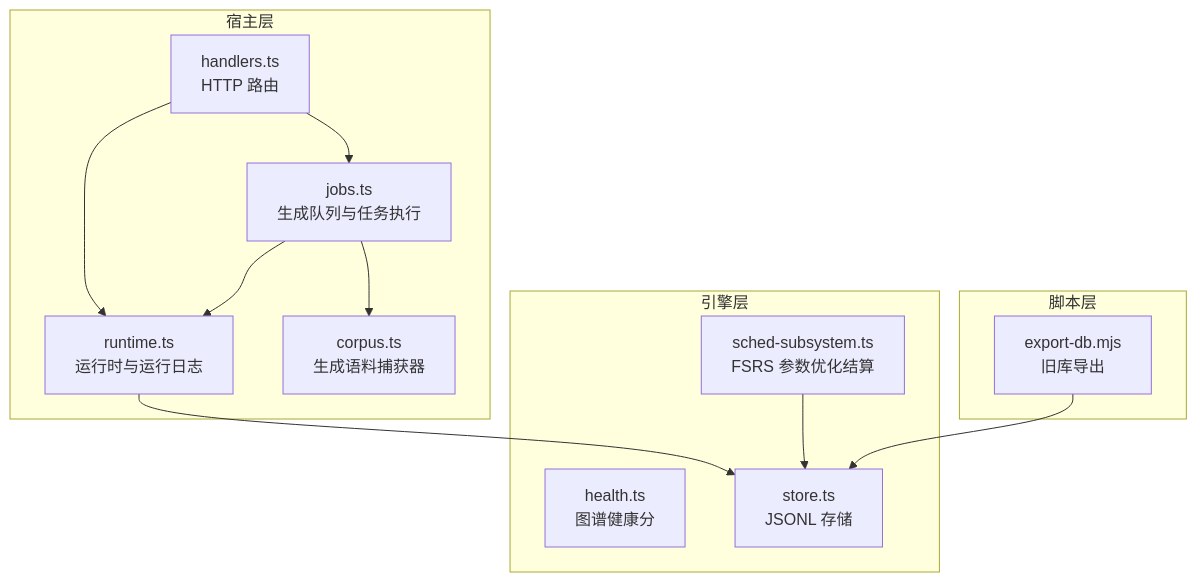
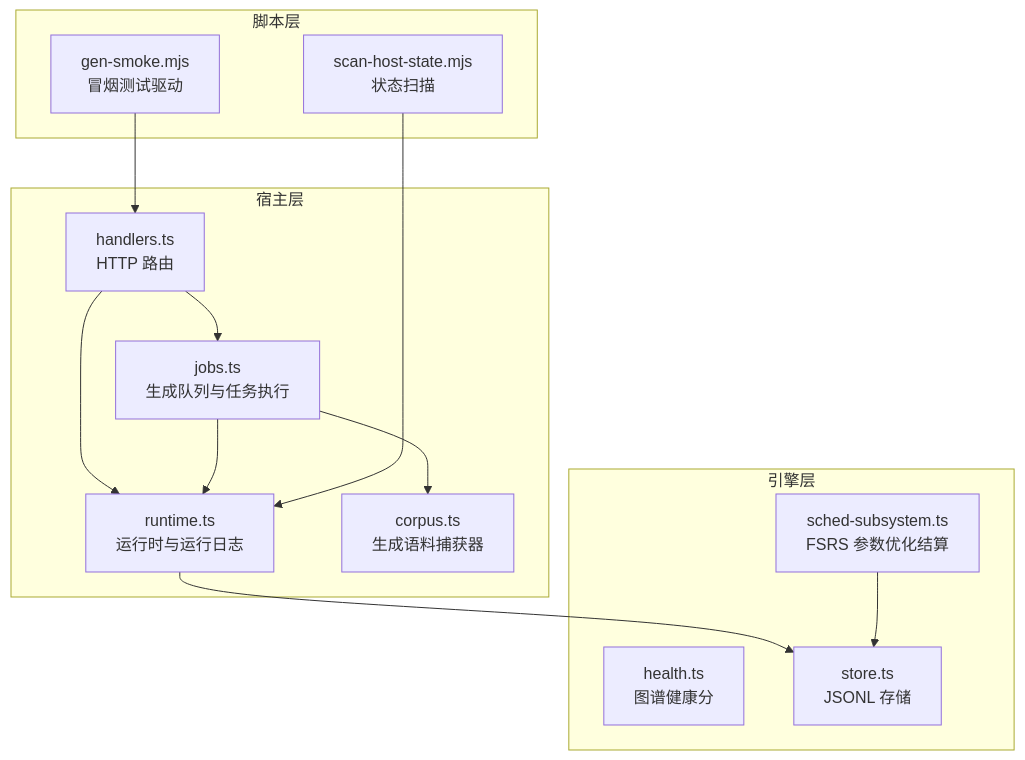
The first of 7 diagrams in .qoder/repowiki/zh/content/部署指南/监控与运维.md (maozhijie/learnhub-plugin), drawn with Mermaid before and after one commit. The commit also changed other lines of this file and 42 other files, not shown here.

````diff
--- a/.qoder/repowiki/zh/content/部署指南/监控与运维.md
+++ b/.qoder/repowiki/zh/content/部署指南/监控与运维.md
@@ -44,24 +50,26 @@
 ```mermaid
 graph TB
 subgraph "宿主层"
 H["handlers.ts<br/>HTTP 路由"]
 R["runtime.ts<br/>运行时与运行日志"]
 J["jobs.ts<br/>生成队列与任务执行"]
 C["corpus.ts<br/>生成语料捕获器"]
 end
 subgraph "引擎层"
 E1["health.ts<br/>图谱健康分"]
 S["store.ts<br/>JSONL 存储"]
 SS["sched-subsystem.ts<br/>FSRS 参数优化结算"]
 end
 subgraph "脚本层"
-X["export-db.mjs<br/>旧库导出"]
+G["gen-smoke.mjs<br/>冒烟测试驱动"]
+SH["scan-host-state.mjs<br/>状态扫描"]
 end
 H --> R
 H --> J
 J --> C
 J --> R
 R --> S
 SS --> S
-X --> S
+G --> H
+SH --> R
 ```
````
